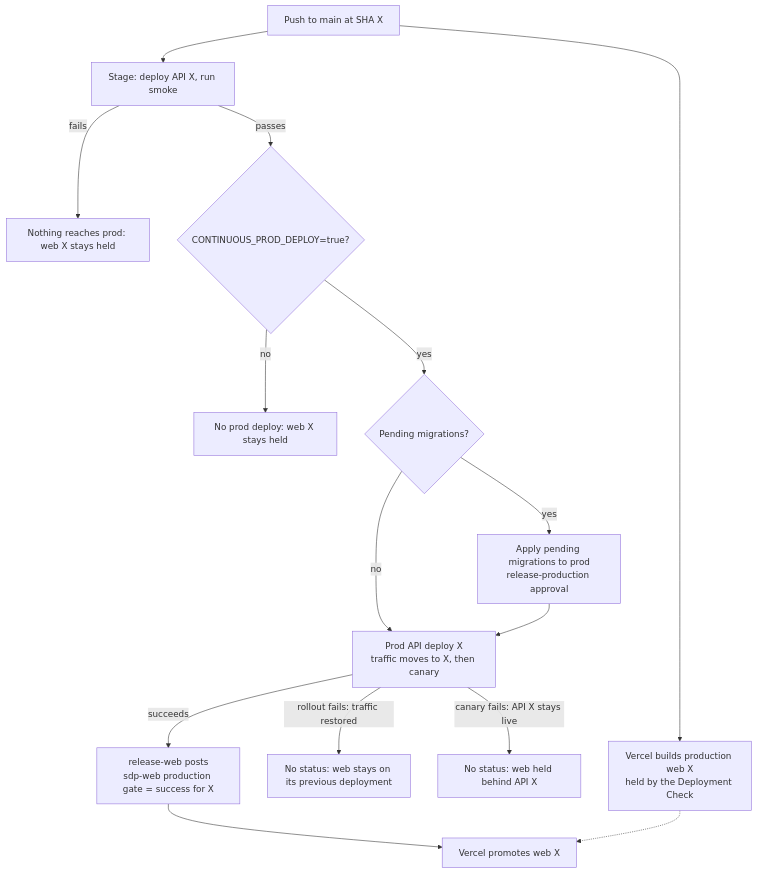
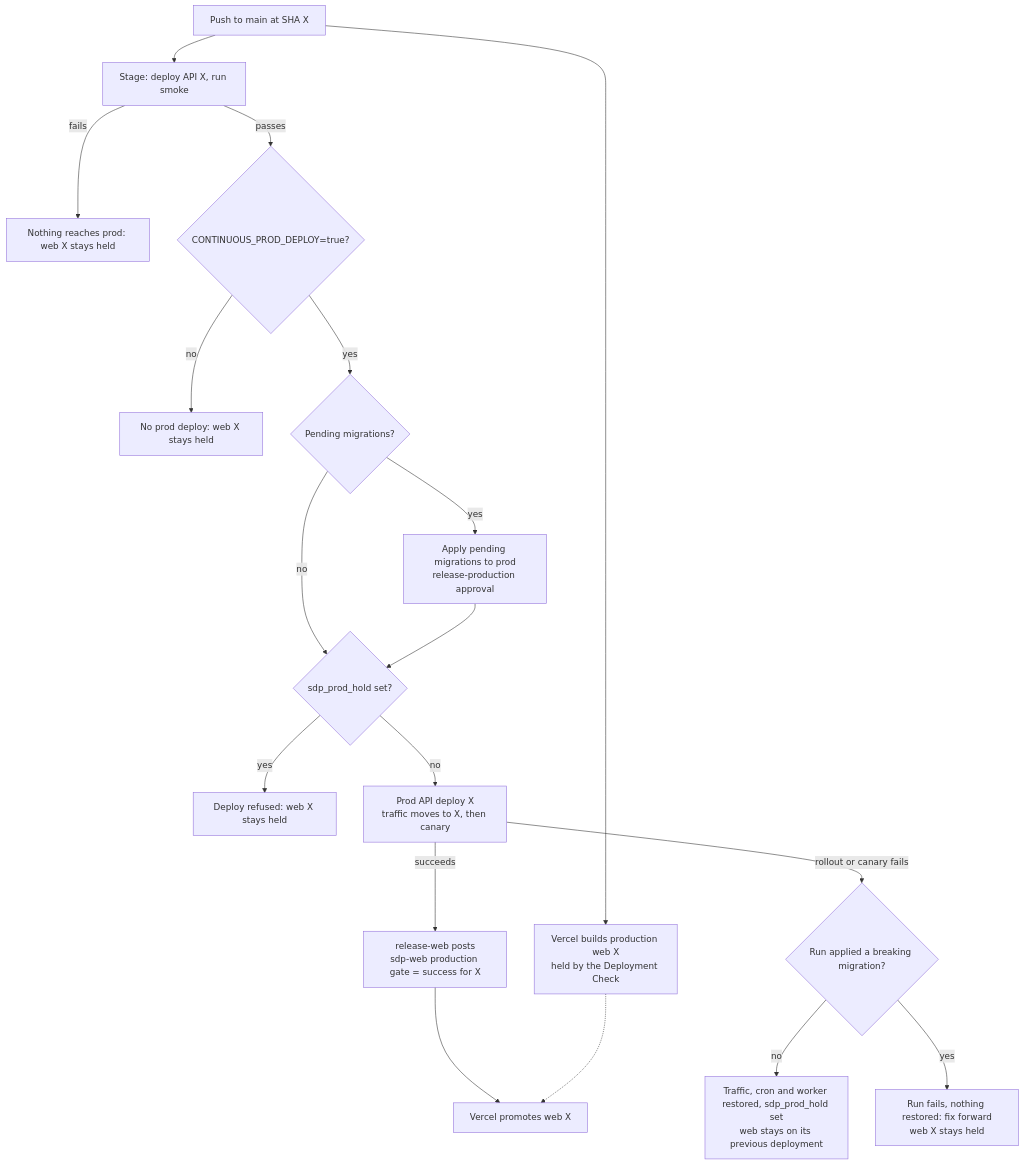
Before and after one commit to solana-foundation/solana-developer-platform: the diagram in docs/ops/release-operations.md, drawn with Mermaid. The commit also changed other lines of this file and 10 other files, not shown here.

First line of the commit message:
ci(deploy): roll prod back on a failed canary and hold later deploys

````diff
--- a/docs/ops/release-operations.md
+++ b/docs/ops/release-operations.md
@@ -19,17 +19,20 @@
 ```mermaid
 flowchart TD
   M["Push to main at SHA X"] --> WB["Vercel builds production web X<br/>held by the Deployment Check"]
   M --> ST["Stage: deploy API X, run smoke"]
   ST -- fails --> H1["Nothing reaches prod: web X stays held"]
   ST -- passes --> KS{"CONTINUOUS_PROD_DEPLOY=true?"}
   KS -- no --> H0["No prod deploy: web X stays held"]
   KS -- yes --> SC{"Pending migrations?"}
   SC -- yes --> AP["Apply pending migrations to prod<br/>release-production approval"]
-  SC -- no --> PD["Prod API deploy X<br/>traffic moves to X, then canary"]
-  AP --> PD
-  PD -- "rollout fails: traffic restored" --> H2["No status: web stays on its previous deployment"]
-  PD -- "canary fails: API X stays live" --> H3["No status: web held behind API X"]
+  SC -- no --> HD{"sdp_prod_hold set?"}
+  AP --> HD
+  HD -- yes --> H4["Deploy refused: web X stays held"]
+  HD -- no --> PD["Prod API deploy X<br/>traffic moves to X, then canary"]
+  PD -- "rollout or canary fails" --> BR{"Run applied a breaking migration?"}
+  BR -- no --> H2["Traffic, cron and worker restored, sdp_prod_hold set<br/>web stays on its previous deployment"]
+  BR -- yes --> H3["Run fails, nothing restored: fix forward<br/>web X stays held"]
   PD -- succeeds --> RW["release-web posts<br/>sdp-web production gate = success for X"]
   RW --> VP["Vercel promotes web X"]
   WB -.-> VP
 ```
````
